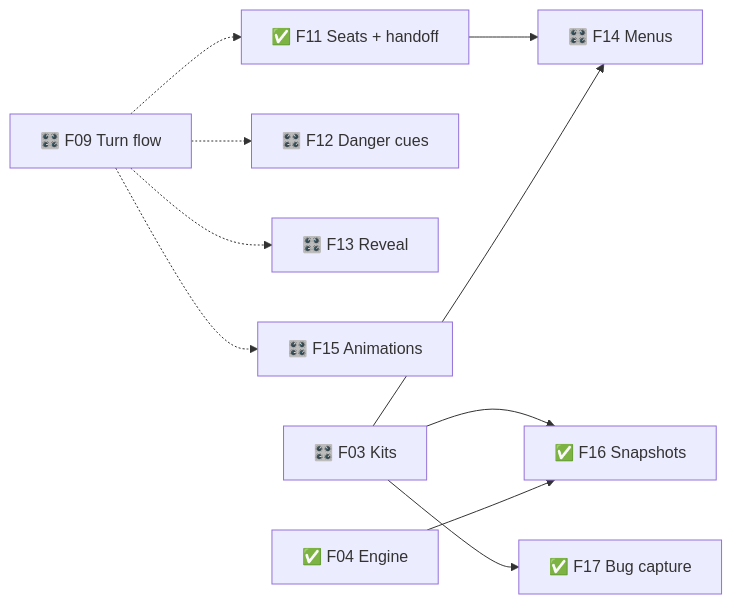
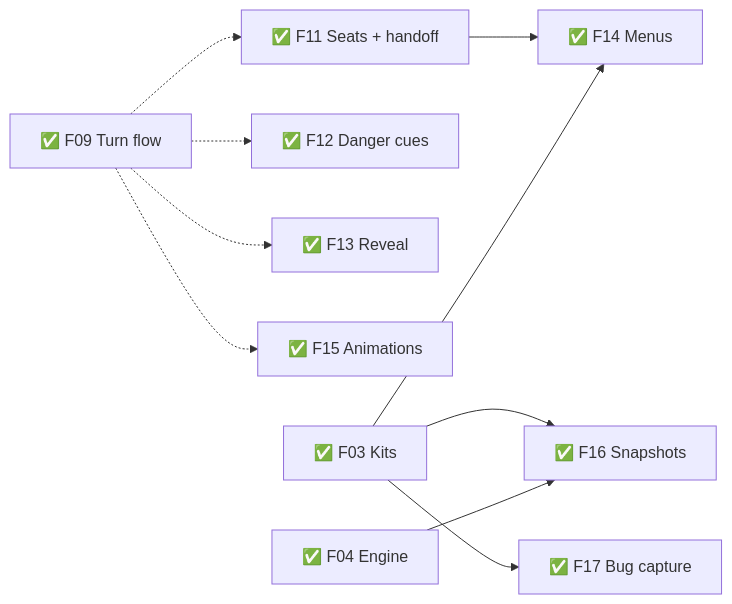
The third of 4 diagrams in .planning/ROADMAP.md (TheBlueMuzzy/Glyphtender), drawn with Mermaid before and after one commit. The commit also changed other lines of this file and 5 other files, not shown here.

Commit message:
Release v0.1.0: alpha — pass-and-play + online, seeds that fly and grow, score pops, tangle cues, Magic reveal

````diff
--- a/.planning/ROADMAP.md
+++ b/.planning/ROADMAP.md
@@ -60,12 +60,12 @@
 ```mermaid
 flowchart LR
-  F09[🎛️ F09 Turn flow] -.-> F11[✅ F11 Seats + handoff]
-  F09 -.-> F12[🎛️ F12 Danger cues]
-  F09 -.-> F13[🎛️ F13 Reveal]
-  F09 -.-> F15[🎛️ F15 Animations]
-  F11 --> F14[🎛️ F14 Menus]
-  F03[🎛️ F03 Kits] --> F14
+  F09[✅ F09 Turn flow] -.-> F11[✅ F11 Seats + handoff]
+  F09 -.-> F12[✅ F12 Danger cues]
+  F09 -.-> F13[✅ F13 Reveal]
+  F09 -.-> F15[✅ F15 Animations]
+  F11 --> F14[✅ F14 Menus]
+  F03[✅ F03 Kits] --> F14
   F03 --> F16[✅ F16 Snapshots]
   F04[✅ F04 Engine] --> F16
   F03 --> F17[✅ F17 Bug capture]
 ```
````
